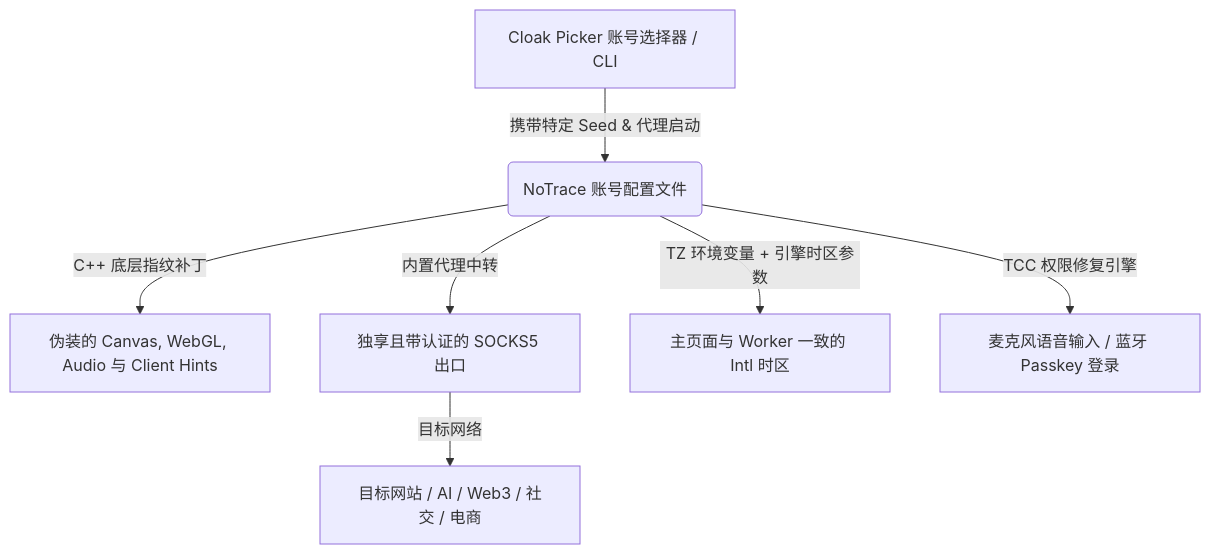
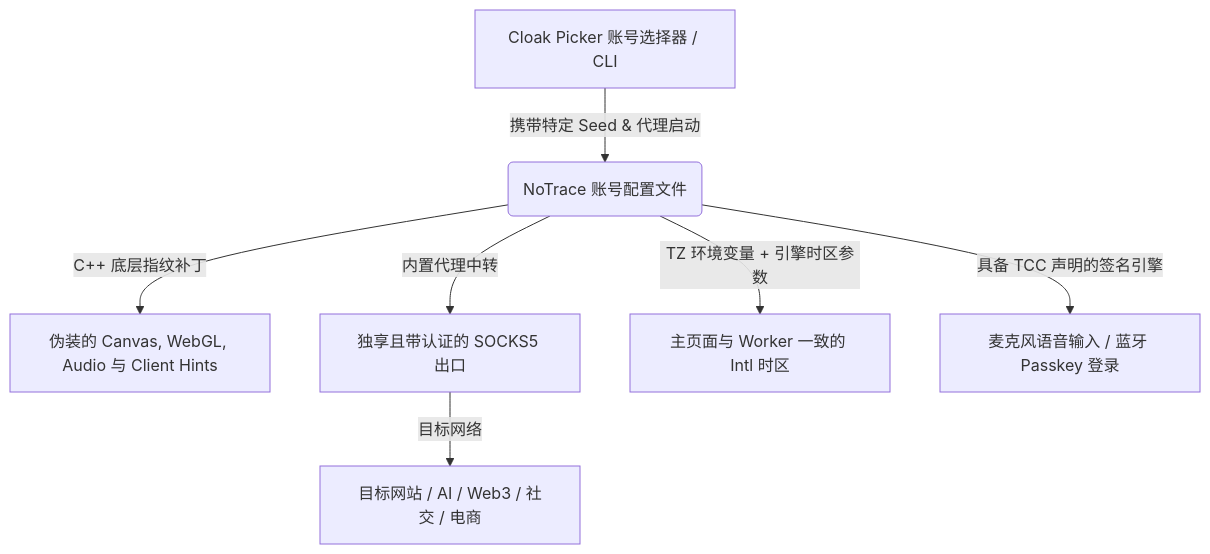
One commit to GravityPoet/notrace-browser changed the diagram in README.zh-CN.md. Above: the diagram before and after it, drawn with Mermaid. The commit also changed other lines of this file and 19 other files, not shown here.

````diff
--- a/README.zh-CN.md
+++ b/README.zh-CN.md
@@ -20,9 +20,9 @@
 ```mermaid
 graph TD
     A[Cloak Picker 账号选择器 / CLI] -->|携带特定 Seed & 代理启动| B(NoTrace 账号配置文件)
     B -->|C++ 底层指纹补丁| C[伪装的 Canvas, WebGL, Audio 与 Client Hints]
     B -->|内置代理中转| D[独享且带认证的 SOCKS5 出口]
     B -->|TZ 环境变量 + 引擎时区参数| E[主页面与 Worker 一致的 Intl 时区]
-    B -->|TCC 权限修复引擎| F[麦克风语音输入 / 蓝牙 Passkey 登录]
+    B -->|具备 TCC 声明的签名引擎| F[麦克风语音输入 / 蓝牙 Passkey 登录]
     D -->|目标网络| G[目标网站 / AI / Web3 / 社交 / 电商]
 ```
````
